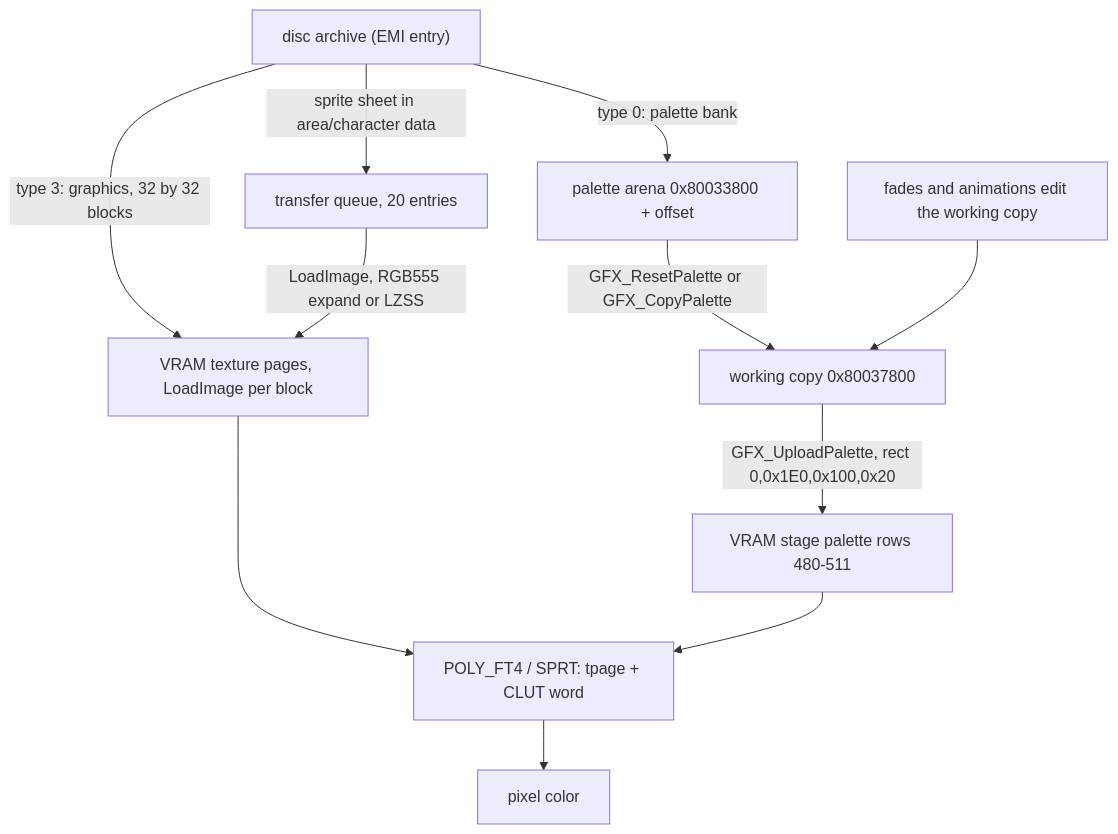
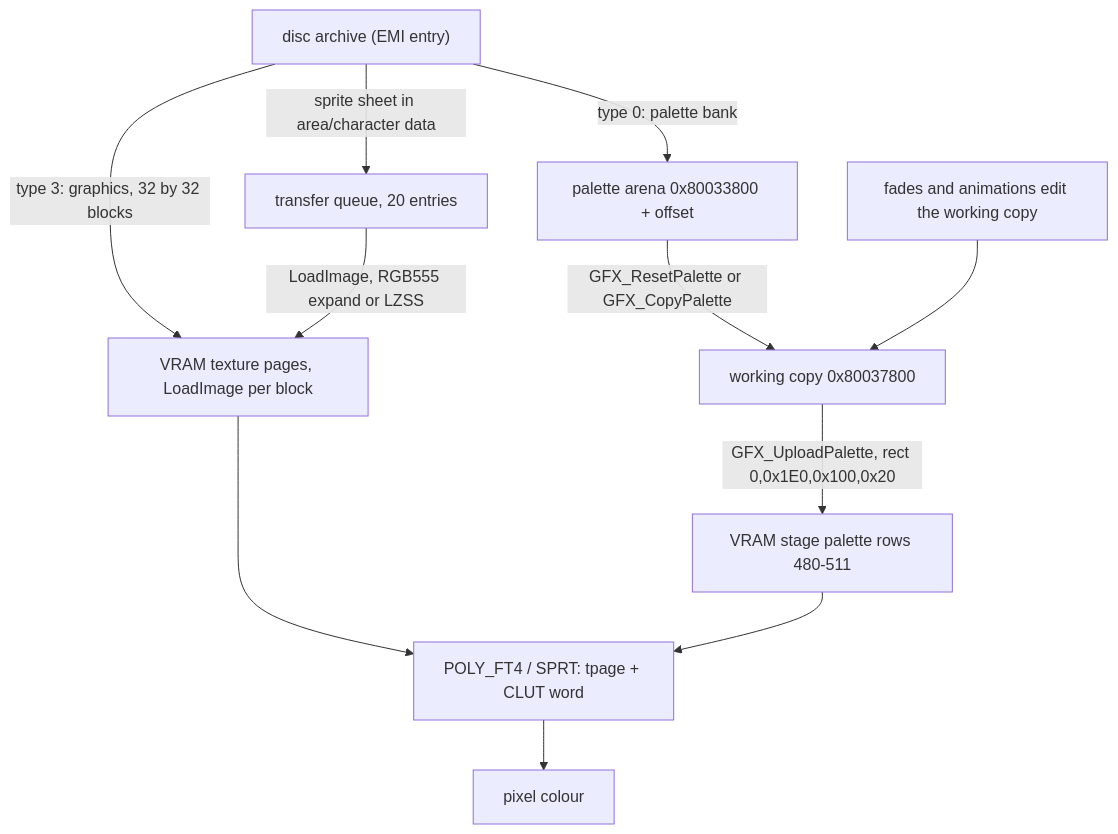
One commit to kerokline/bof3-wiki changed the second of 2 diagrams in src/game/architecture/rendering.md. Above: the diagram before and after it, drawn with Mermaid. The commit also changed other lines of this file, not shown here.

````diff
--- a/src/game/architecture/rendering.md
+++ b/src/game/architecture/rendering.md
@@ -111,13 +66,13 @@
 ```mermaid
 flowchart TD
     D["disc archive (EMI entry)"] -->|"type 0: palette bank"| P["palette arena 0x80033800 + offset"]
     D -->|"type 3: graphics, 32 by 32 blocks"| V["VRAM texture pages, LoadImage per block"]
     D -->|"sprite sheet in area/character data"| Q["transfer queue, 20 entries"]
     Q -->|"LoadImage, RGB555 expand or LZSS"| V
     P -->|"GFX_ResetPalette or GFX_CopyPalette"| W["working copy 0x80037800"]
     F["fades and animations edit the working copy"] --> W
     W -->|"GFX_UploadPalette, rect 0,0x1E0,0x100,0x20"| S["VRAM stage palette rows 480-511"]
     V --> X["POLY_FT4 / SPRT: tpage + CLUT word"]
     S --> X
-    X --> G["pixel color"]
+    X --> G["pixel colour"]
 ```
````
